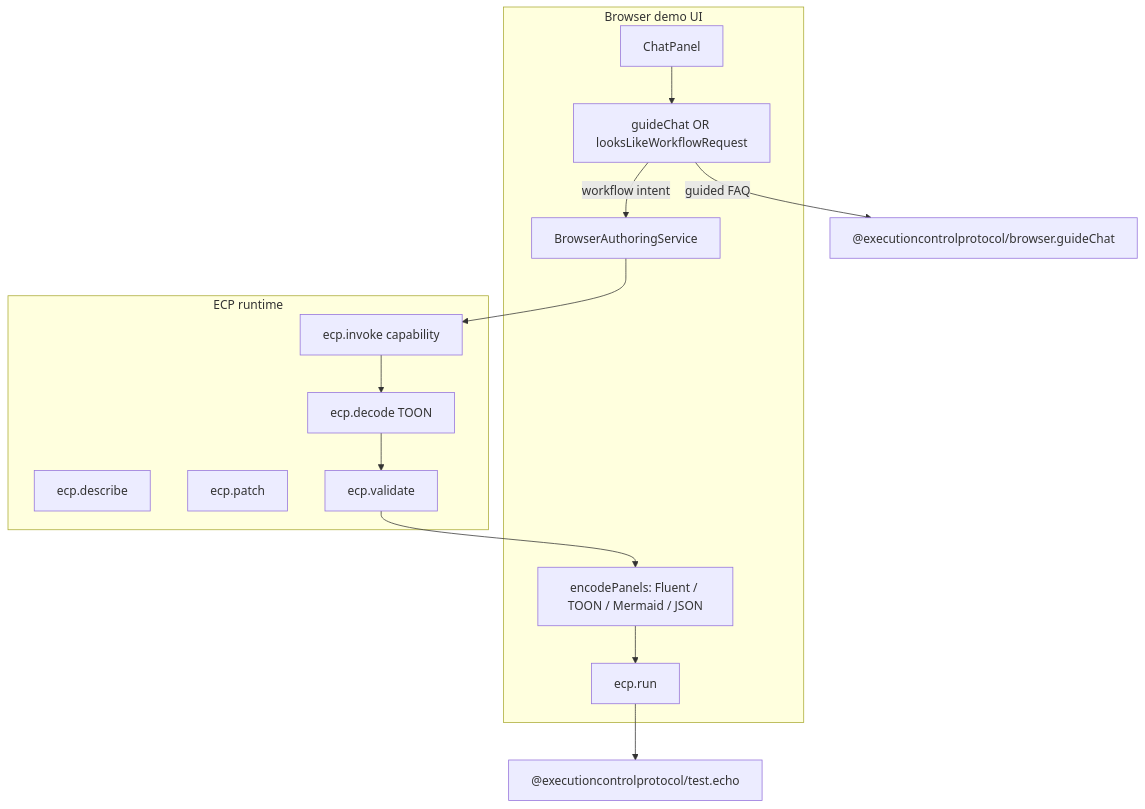
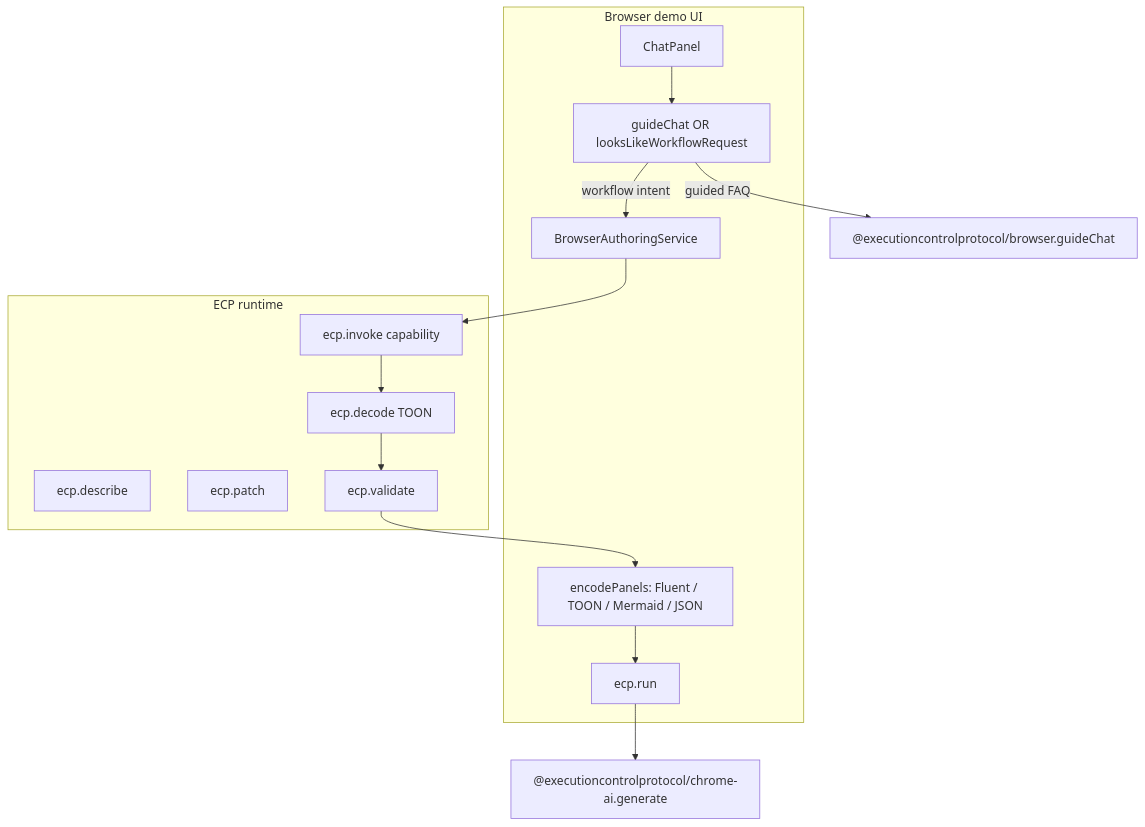
The diagram in docs/browser-demo-extensions-and-prompts.md (executioncontrolprotocol/browser-demo), drawn with Mermaid before and after one commit. The commit also changed other lines of this file and 10 other files, not shown here.

````diff
--- a/docs/browser-demo-extensions-and-prompts.md
+++ b/docs/browser-demo-extensions-and-prompts.md
@@ -18,26 +18,26 @@
 ```mermaid
 flowchart TB
   subgraph ui [Browser demo UI]
     Chat[ChatPanel]
     Authoring[BrowserAuthoringService]
     Guide[guideChat OR looksLikeWorkflowRequest]
     Panels[encodePanels: Fluent / TOON / Mermaid / JSON]
     Run[ecp.run]
   end
 
   subgraph ecp [ECP runtime]
     Describe[ecp.describe]
     Invoke[ecp.invoke capability]
     Decode[ecp.decode TOON]
     Patch[ecp.patch]
     Validate[ecp.validate]
   end
 
   Chat --> Guide
   Guide -->|guided FAQ| GuideCap["@executioncontrolprotocol/browser.guideChat"]
   Guide -->|workflow intent| Authoring
   Authoring --> Invoke
   Invoke --> Decode --> Validate --> Panels
   Panels --> Run
-  Run --> Echo["@executioncontrolprotocol/test.echo"]
+  Run --> Gen["@executioncontrolprotocol/chrome-ai.generate"]
 ```
````
